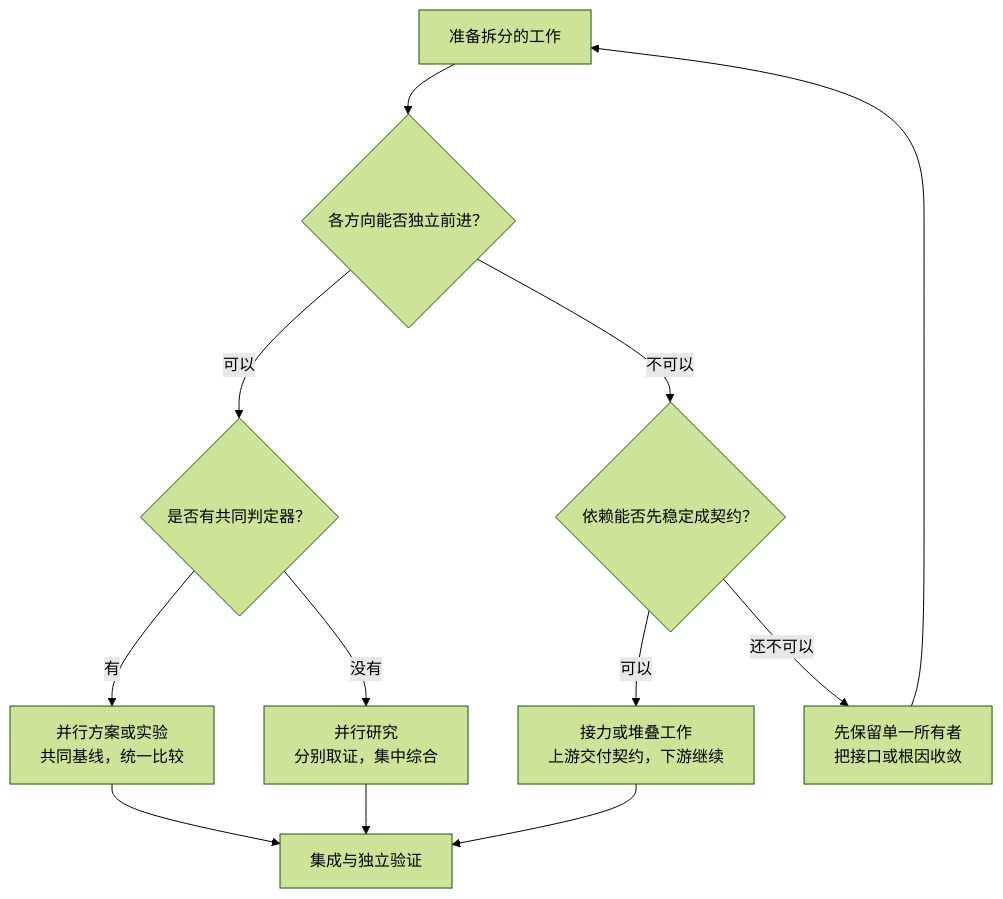
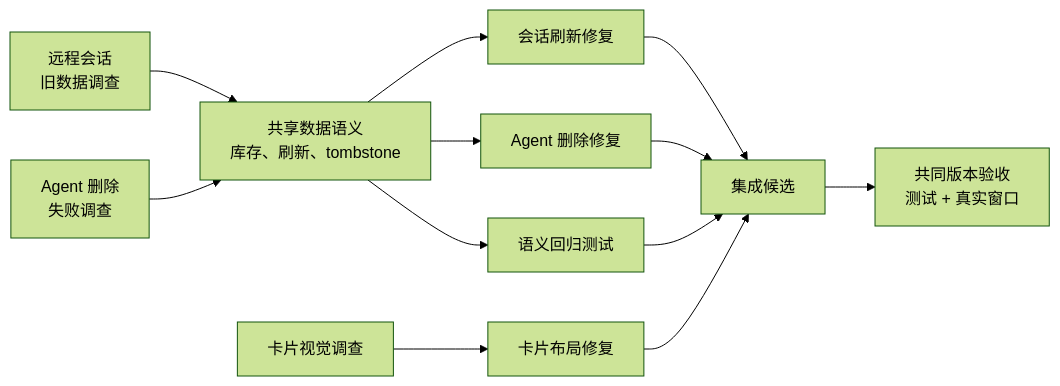
Before and after one commit to shuqianglin1997/agent-desk: the fourth of 6 diagrams in docs/MULTI_AGENT_ENGINEERING_WORKFLOW_GUIDE.md, drawn with Mermaid (forest theme). The commit also changed other lines of this file, not shown here.

Commit message:
docs: expand multi-agent workflow guide

````diff
--- a/docs/MULTI_AGENT_ENGINEERING_WORKFLOW_GUIDE.md
+++ b/docs/MULTI_AGENT_ENGINEERING_WORKFLOW_GUIDE.md
@@ -153,14 +184,14 @@
 ```mermaid
-flowchart TD
-  T["准备拆分的工作"] --> I{"各方向能否独立前进？"}
-  I -->|"可以"| V{"是否有共同判定器？"}
-  V -->|"有"| P["并行方案或实验<br/>共同基线，统一比较"]
-  V -->|"没有"| R["并行研究<br/>分别取证，集中综合"]
-  I -->|"不可以"| C{"依赖能否先稳定成契约？"}
-  C -->|"可以"| S["接力或堆叠工作<br/>上游交付契约，下游继续"]
-  C -->|"还不可以"| O["先保留单一所有者<br/>把接口或根因收敛"]
-  P --> G["集成与独立验证"]
-  R --> G
-  S --> G
-  O --> T
+flowchart LR
+  S["远程会话<br/>旧数据调查"] --> K["共享数据语义<br/>库存、刷新、tombstone"]
+  D["Agent 删除<br/>失败调查"] --> K
+  K --> SF["会话刷新修复"]
+  K --> DF["Agent 删除修复"]
+  K --> T["语义回归测试"]
+  U["卡片视觉调查"] --> UF["卡片布局修复"]
+  SF --> I["集成候选"]
+  DF --> I
+  T --> I
+  UF --> I
+  I --> V["共同版本验收<br/>测试 + 真实窗口"]
 ```
````
